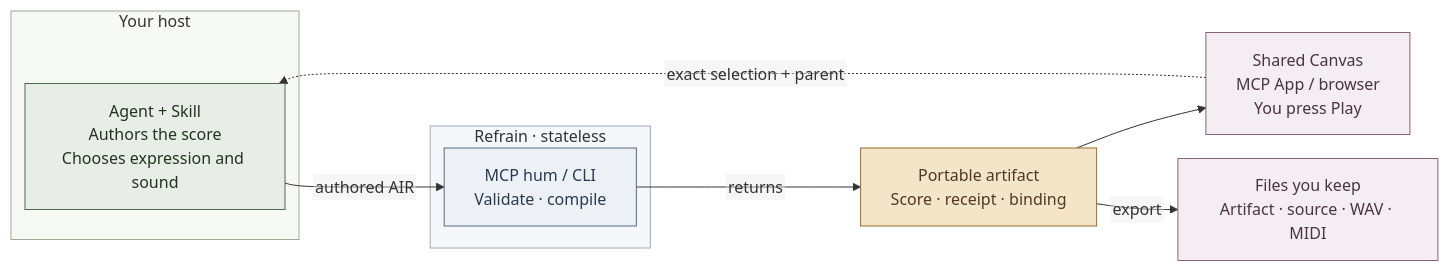
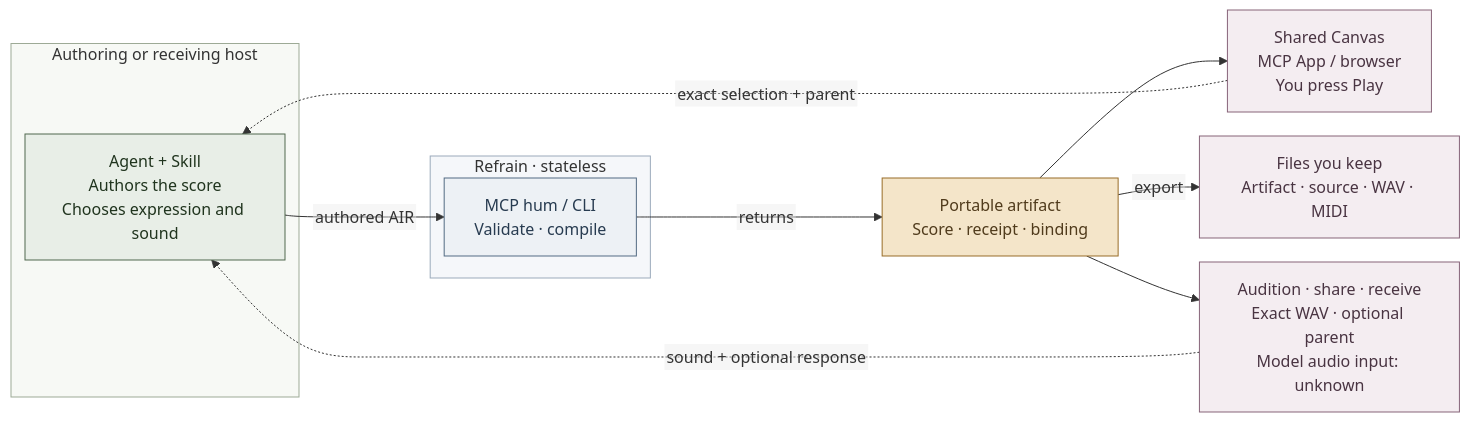
The diagram in docs/diagrams/architecture.mmd (IndelibleVivi/refrain), drawn with Mermaid before and after one commit. The commit also changed 44 other files, not shown here.

Commit message:
add exact musical correspondence and audio audition

```diff
--- a/docs/diagrams/architecture.mmd
+++ b/docs/diagrams/architecture.mmd
@@ -1,32 +1,35 @@
 ---
 config:
   flowchart:
     htmlLabels: false
     nodeSpacing: 24
     rankSpacing: 28
 ---
 flowchart LR
-  subgraph HOST[Your host]
+  subgraph HOST[Authoring or receiving host]
     H["Agent + Skill<br/>Authors the score<br/>Chooses expression and sound"]
   end
   subgraph CORE[Refrain · stateless]
     T["MCP hum / CLI<br/>Validate · compile"]
   end
   A["Portable artifact<br/>Score · receipt · binding"]
   V["Shared Canvas<br/>MCP App / browser<br/>You press Play"]
   E["Files you keep<br/>Artifact · source · WAV · MIDI"]
+  L["Audition · share · receive<br/>Exact WAV · optional parent<br/>Model audio input: unknown"]
   H -->|"authored AIR"| T
   T -->|"returns"| A
   A --> V
   A -->|"export"| E
+  A --> L
+  L -.->|"sound + optional response"| H
   V -.->|"exact selection + parent"| H
   classDef host fill:#e8eee7,stroke:#50684e,color:#20341e
   classDef core fill:#edf1f5,stroke:#536b83,color:#273b50
   classDef artifact fill:#f4e5c9,stroke:#986d28,color:#503b1c
   classDef output fill:#f4edf1,stroke:#876479,color:#493442
   class H host
   class T core
   class A artifact
-  class V,E output
+  class V,E,L output
   style HOST fill:#f7f9f5,stroke:#9daa96
   style CORE fill:#f5f7fa,stroke:#9baabb
```
